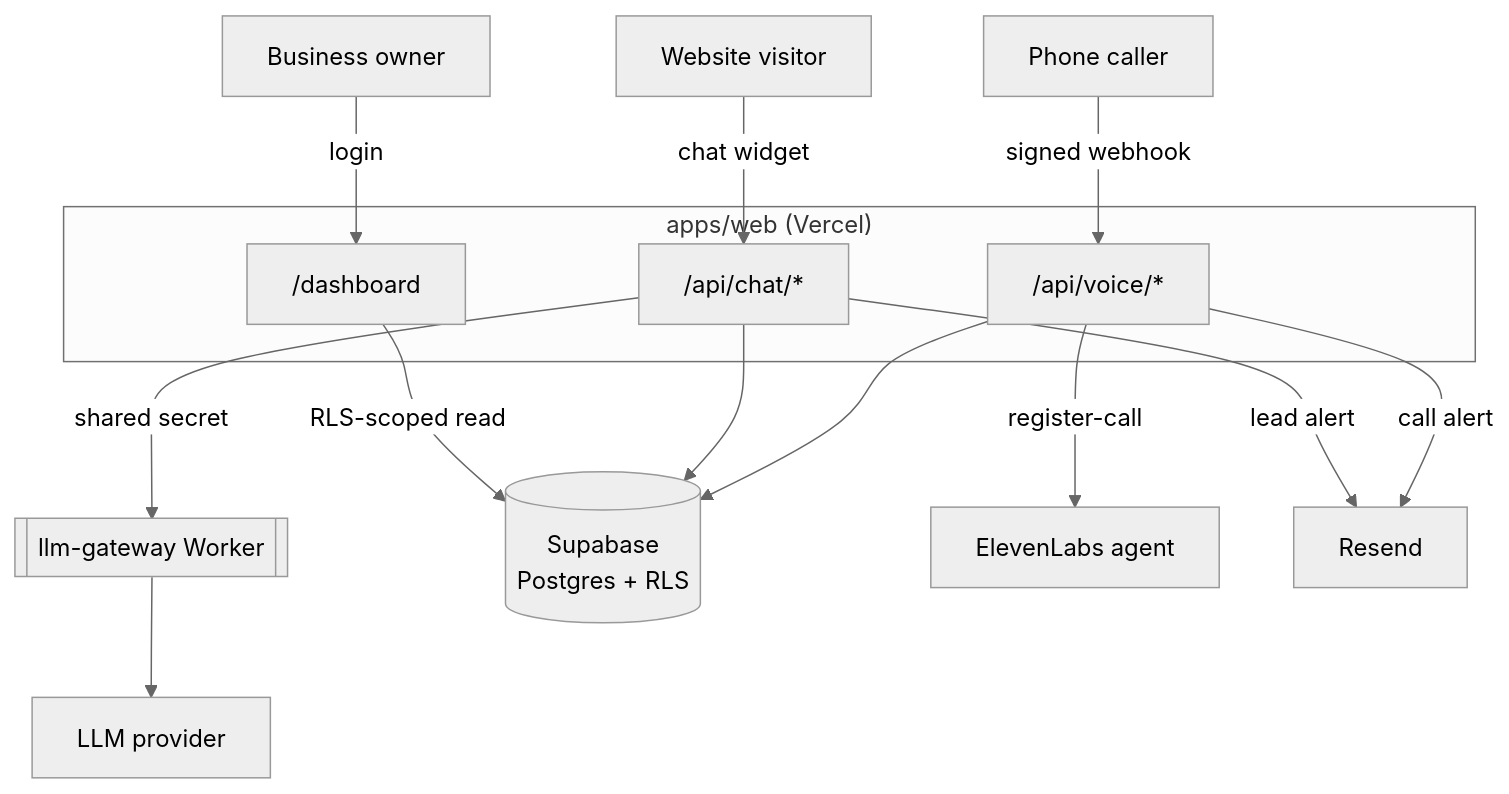
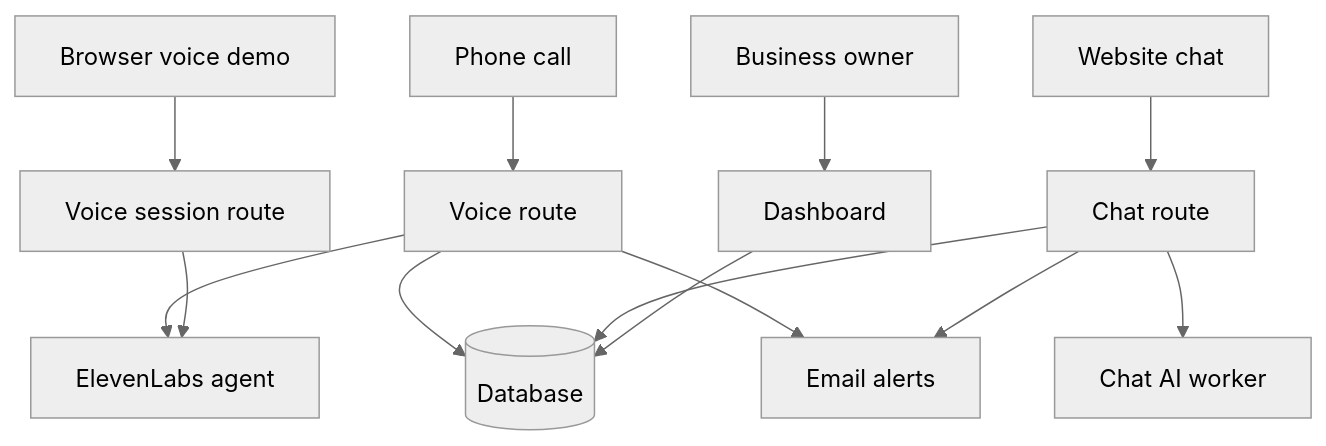
Before and after one commit to arsalmurad/ai-receptionist-installer: the diagram in README.md, drawn with Mermaid (neutral theme). The commit also changed other lines of this file and 2 other files, not shown here.

Commit message:
Rewrite README for a non-technical reader; rename repo links; update design notes and env contract for rate limits and browser voice

````diff
--- a/README.md
+++ b/README.md
@@ -19,33 +76,34 @@
 ```mermaid
 flowchart TD
-    caller[Phone caller]
-    visitor[Website visitor]
-    owner[Business owner]
+    A[Phone call]
+    B[Website chat]
+    C[Browser voice demo]
+    D[Business owner]
 
-    subgraph web["apps/web (Vercel)"]
-        voice["/api/voice/*"]
-        chat["/api/chat/*"]
-        dash["/dashboard"]
-    end
+    E[Voice route]
+    F[Chat route]
+    G[Voice session route]
+    H[Dashboard]
 
-    gateway[[llm-gateway Worker]]
-    db[(Supabase<br/>Postgres + RLS)]
-    agent[ElevenLabs agent]
-    email[Resend]
-    llm[LLM provider]
+    I[(Database)]
+    J[ElevenLabs agent]
+    K[Chat AI worker]
+    L[Email alerts]
 
-    caller -- signed webhook --> voice
-    visitor -- chat widget --> chat
-    owner -- login --> dash
+    A --> E
+    B --> F
+    C --> G
+    D --> H
 
-    voice -- register-call --> agent
-    voice --> db
-    voice -- call alert --> email
+    E --> J
+    E --> I
+    E --> L
 
-    chat -- shared secret --> gateway
-    chat --> db
-    chat -- lead alert --> email
+    F --> K
+    F --> I
+    F --> L
 
-    dash -- RLS-scoped read --> db
-    gateway --> llm
+    G --> J
+
+    H --> I
 ```
````
